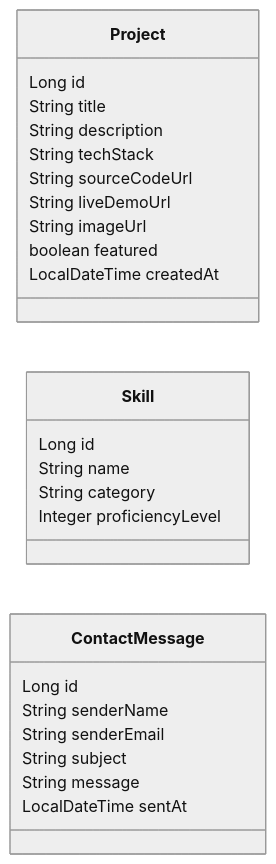
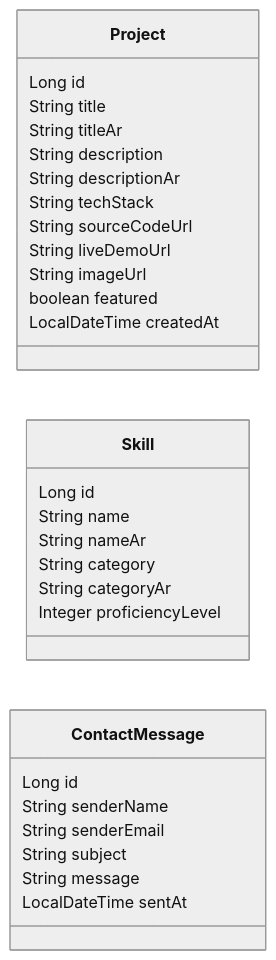
Before and after one commit to gTurki/Portfolio: the third of 3 diagrams in README.md, drawn with Mermaid (neutral theme). The commit also changed other lines of this file and 2 other files, not shown here.

````diff
--- a/README.md
+++ b/README.md
@@ -176,29 +199,33 @@
 ```mermaid
 classDiagram
 direction LR
 class Project {
   Long id
   String title
+  String titleAr
   String description
+  String descriptionAr
   String techStack
   String sourceCodeUrl
   String liveDemoUrl
   String imageUrl
   boolean featured
   LocalDateTime createdAt
 }
 class Skill {
   Long id
   String name
+  String nameAr
   String category
+  String categoryAr
   Integer proficiencyLevel
 }
 class ContactMessage {
   Long id
   String senderName
   String senderEmail
   String subject
   String message
   LocalDateTime sentAt
 }
 ```
````
